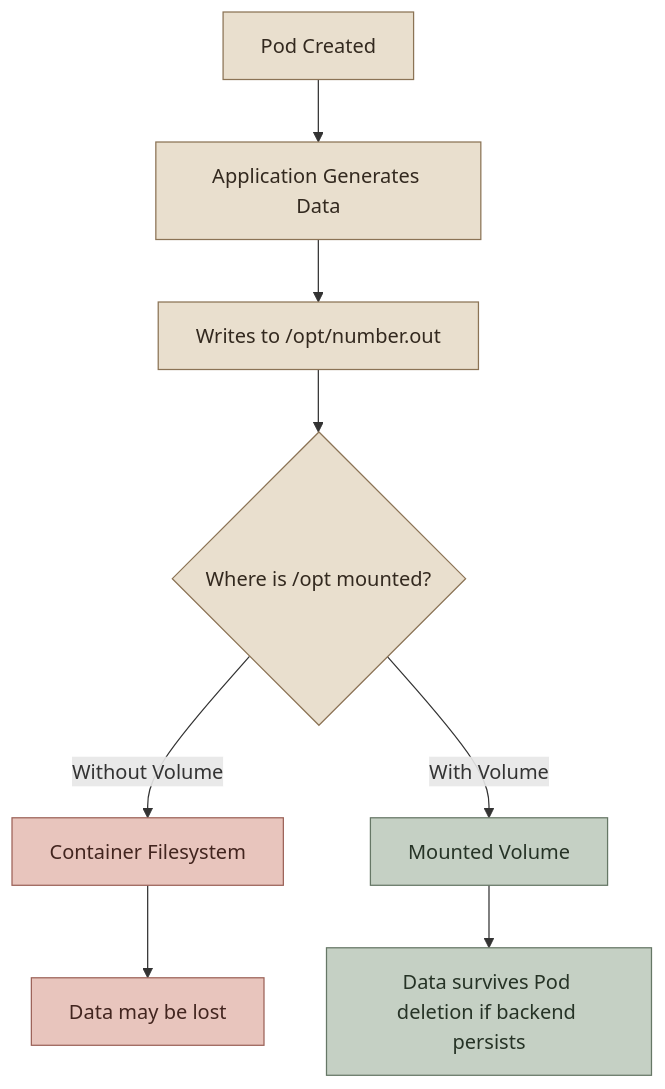
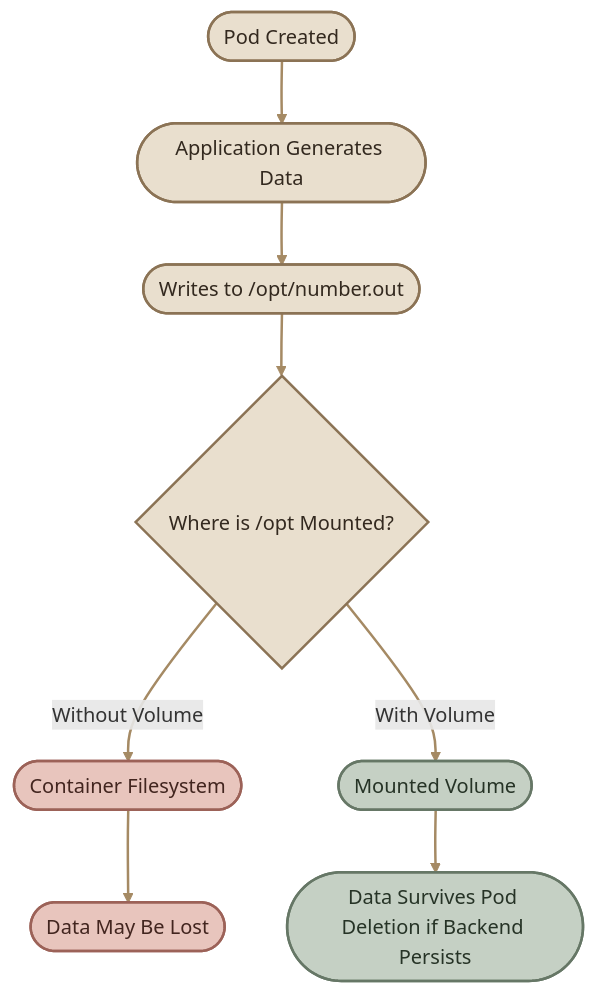
The first of 3 diagrams in content/container-orchestration/kubernetes/Storage/kubernetes-volumes.mdx (mustafammasoud/ops-handbook), drawn with Mermaid before and after one commit. The commit also changed other lines of this file and 2 other files, not shown here.

````diff
--- a/content/container-orchestration/kubernetes/Storage/kubernetes-volumes.mdx
+++ b/content/container-orchestration/kubernetes/Storage/kubernetes-volumes.mdx
@@ -40,18 +40,20 @@
 ```mermaid
 flowchart TD
-    A["Pod Created"] --> B["Application Generates Data"]
-    B --> C["Writes to /opt/number.out"]
-    C --> D{"Where is /opt mounted?"}
-    D -->|"Without Volume"| E["Container Filesystem"]
-    D -->|"With Volume"| F["Mounted Volume"]
-    E --> G["Data may be lost"]
-    F --> H["Data survives Pod deletion if backend persists"]
+    A(["Pod Created"]) --> B(["Application Generates Data"])
+    B --> C(["Writes to /opt/number.out"])
+    C --> D{"Where is /opt Mounted?"}
+    D -->|"Without Volume"| E(["Container Filesystem"])
+    D -->|"With Volume"| F(["Mounted Volume"])
+    E --> G(["Data May Be Lost"])
+    F --> H(["Data Survives Pod Deletion if Backend Persists"])
 
-    classDef pod fill:#e9dfce,stroke:#8b7355,color:#33291f
-    classDef bad fill:#e8c5bd,stroke:#9c6258,color:#42251f
-    classDef good fill:#c5d0c4,stroke:#667766,color:#263326
+    classDef pod fill:#e9dfce,stroke:#8b7355,color:#33291f,stroke-width:2px
+    classDef bad fill:#e8c5bd,stroke:#9c6258,color:#42251f,stroke-width:2px
+    classDef good fill:#c5d0c4,stroke:#667766,color:#263326,stroke-width:2px
 
     class A,B,C,D pod
     class E,G bad
     class F,H good
+
+    linkStyle default stroke:#a58a64,stroke-width:2px
 ```
````
